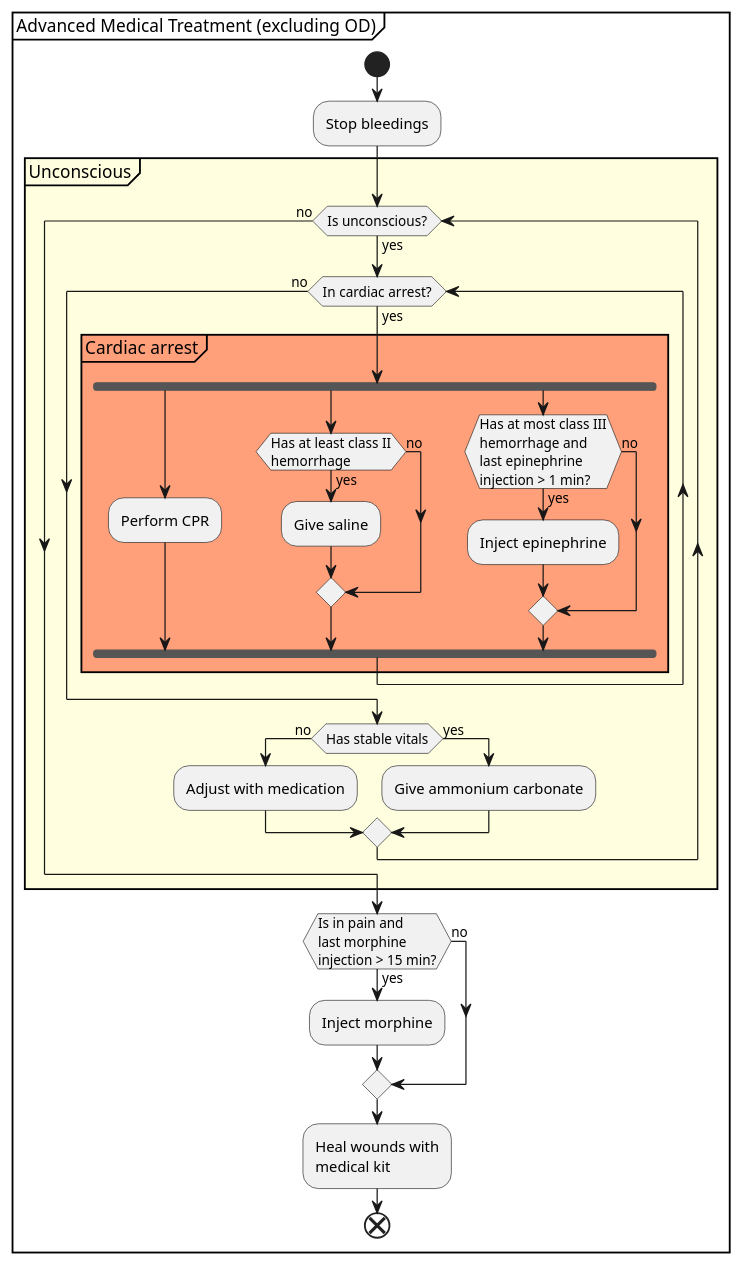
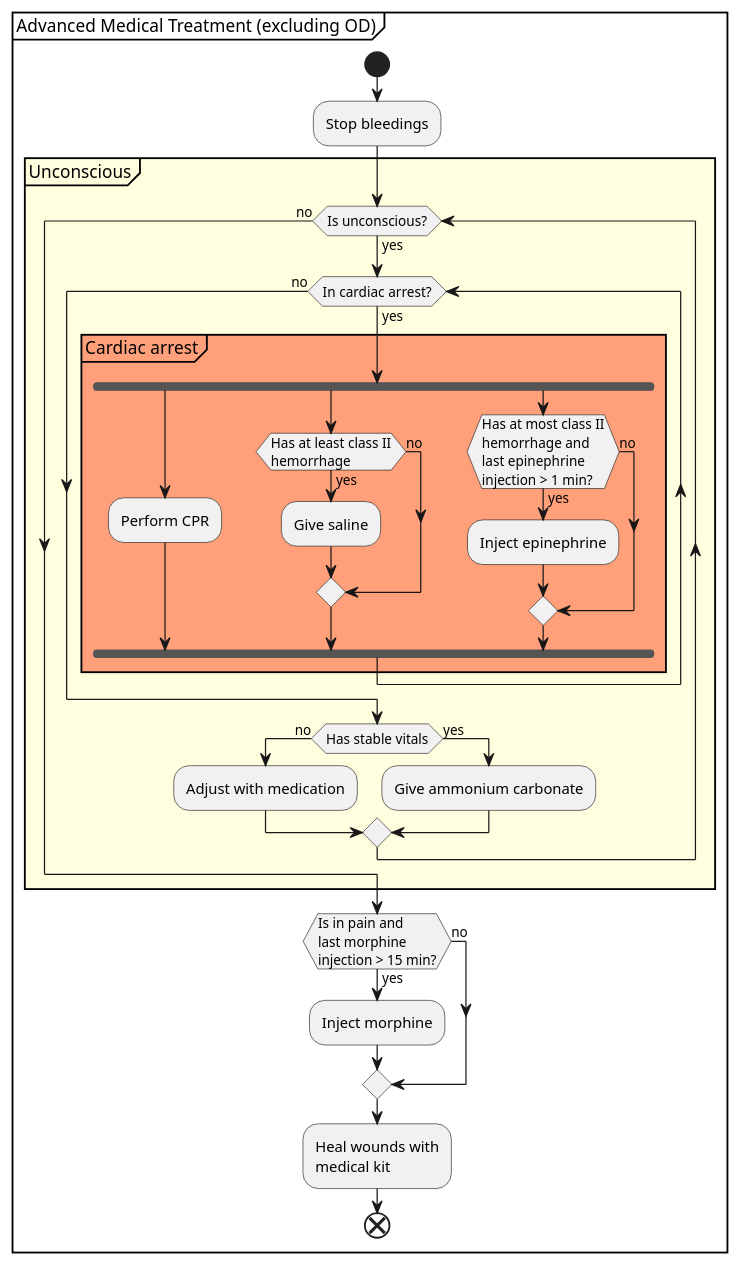
The diagram in extras/models/medical/treatment/advanced/main.puml (acemod/ACE-Anvil), drawn with PlantUML before and after one commit. The commit also changed 2 other files, not shown here.

Commit message:
Correct epi condition in activity diagram

```diff
--- a/extras/models/medical/treatment/advanced/main.puml
+++ b/extras/models/medical/treatment/advanced/main.puml
@@ -1,40 +1,40 @@
 @startuml
 partition "Advanced Medical Treatment (excluding OD)" {
     start
     :Stop bleedings;
     partition "Unconscious" #LightYellow {
         while (Is unconscious?) is (yes)
             while (In cardiac arrest?) is (yes)
                 partition "Cardiac arrest" #LightSalmon {
                     fork
                         :Perform CPR;
                     fork again
                         if (Has at least class II\nhemorrhage) then (yes)
                             :Give saline;
                         else (no)
                         endif
                     fork again
-                        if (Has at most class III\nhemorrhage and\nlast epinephrine\ninjection > 1 min?) then (yes)
+                        if (Has at most class II\nhemorrhage and\nlast epinephrine\ninjection > 1 min?) then (yes)
                             :Inject epinephrine;
                         else (no)
                         endif
                     end fork
                 }
             endwhile (no)
             if (Has stable vitals) then (no)
                 :Adjust with medication;
             else (yes)
                 :Give ammonium carbonate;
             endif
         endwhile (no)
     }
 
     if (Is in pain and\nlast morphine\ninjection > 15 min?) then (yes)
         :Inject morphine;
     else (no)
     endif
 
     :Heal wounds with\nmedical kit;
     end
 }
 @enduml
```
